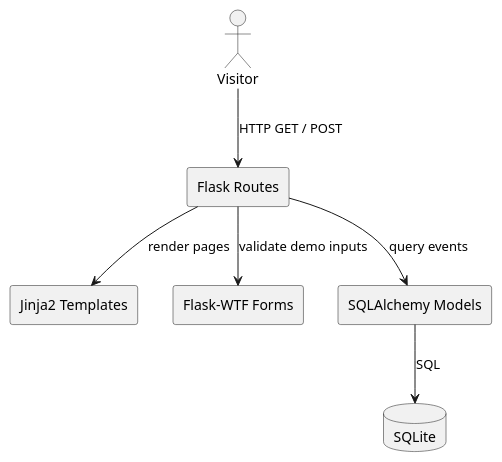
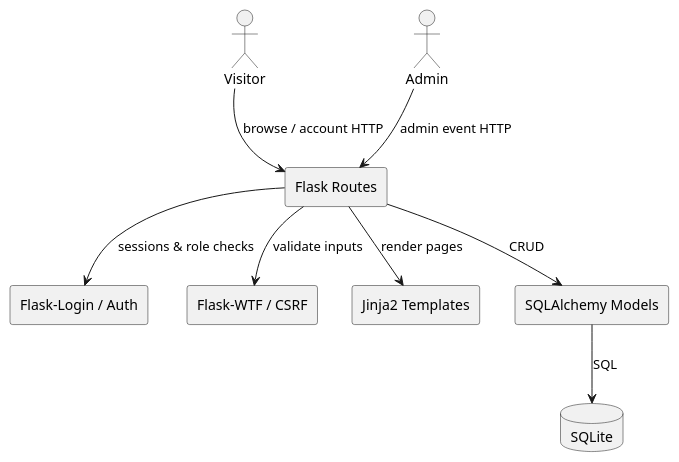
One commit to ItsMONIKAAKTER/CSTBS changed the third of 5 diagrams in docs/uml.md. Above: the diagram before and after it, drawn with PlantUML. The commit also changed other lines of this file and 28 other files, not shown here.

````diff
--- a/docs/uml.md
+++ b/docs/uml.md
@@ -76,16 +87,20 @@
 ```plantuml
 @startuml
 skinparam componentStyle rectangle
 actor Visitor
+actor Admin
 component "Flask Routes" as Routes
-component "Jinja2 Templates" as Templates
-component "Flask-WTF Forms" as Forms
-component "SQLAlchemy Models" as Models
-database "SQLite" as SQLite
-Visitor --> Routes : HTTP GET / POST
-Routes --> Templates : render pages
-Routes --> Forms : validate demo inputs
-Routes --> Models : query events
-Models --> SQLite : SQL
+component "Flask-Login / Auth" as Auth
+component "Flask-WTF / CSRF" as Forms
+component "Jinja2 Templates" as View
+component "SQLAlchemy Models" as ORM
+database "SQLite" as DB
+Visitor --> Routes : browse / account HTTP
+Admin --> Routes : admin event HTTP
+Routes --> Auth : sessions & role checks
+Routes --> Forms : validate inputs
+Routes --> ORM : CRUD
+Routes --> View : render pages
+ORM --> DB : SQL
 @enduml
 ```
````
